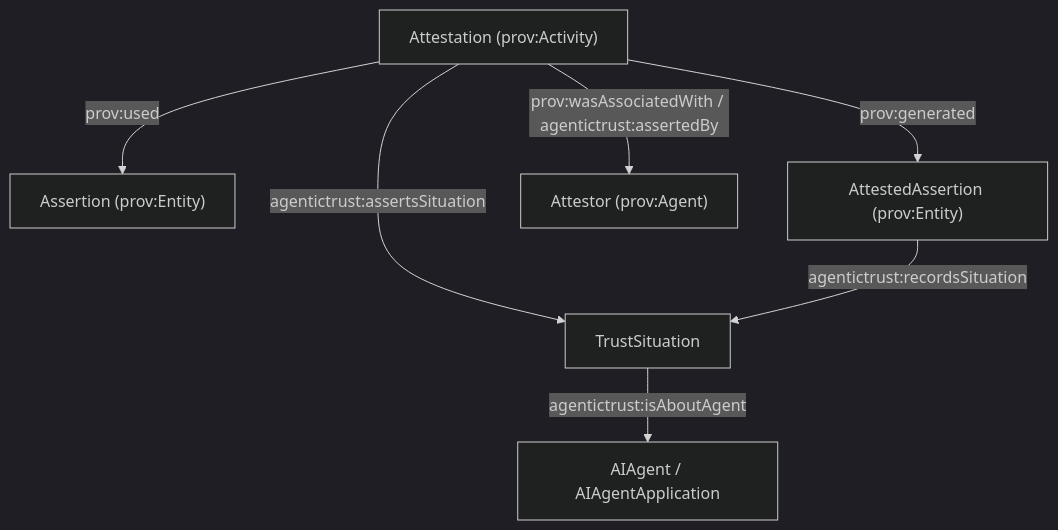
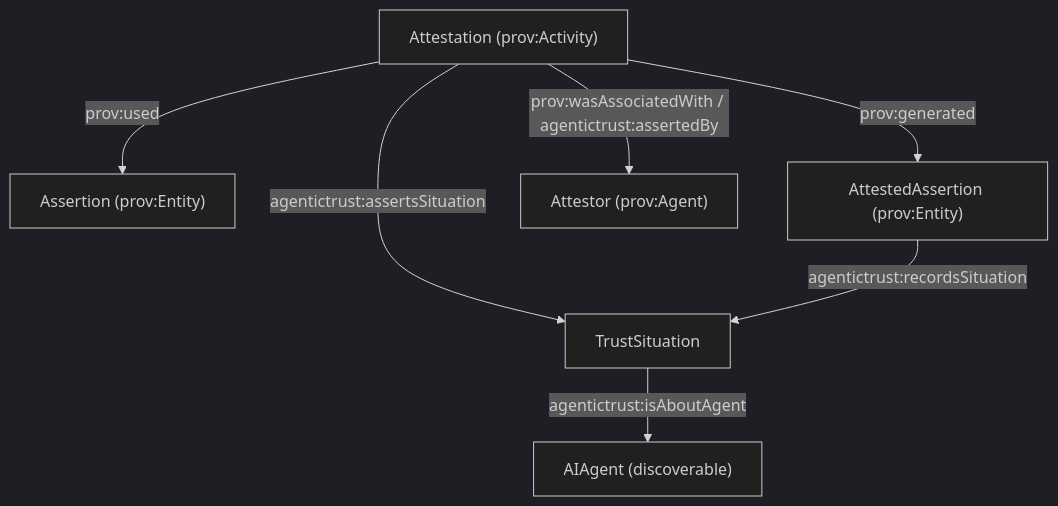
One commit to Agentic-Trust-Layer/agent-explorer changed the second of 2 diagrams in docs/ontology/oidc-a.md. Above: the diagram before and after it, drawn with Mermaid (dark theme). The commit also changed other lines of this file and 2 other files, not shown here.

````diff
--- a/docs/ontology/oidc-a.md
+++ b/docs/ontology/oidc-a.md
@@ -132,16 +132,16 @@
 ```mermaid
 graph TB
-  Agent["AIAgent / AIAgentApplication"]
+  Agent["AIAgent (discoverable)"]
   Sit["TrustSituation"]
   Assertion["Assertion (prov:Entity)"]
   Attestation["Attestation (prov:Activity)"]
   Attested["AttestedAssertion (prov:Entity)"]
   Attestor["Attestor (prov:Agent)"]
 
   Sit -->|agentictrust:isAboutAgent| Agent
   Attestation -->|agentictrust:assertsSituation| Sit
   Attestation -->|prov:used| Assertion
   Attestation -->|prov:generated| Attested
   Attestation -->|prov:wasAssociatedWith / agentictrust:assertedBy| Attestor
   Attested -->|agentictrust:recordsSituation| Sit
 ```
````
